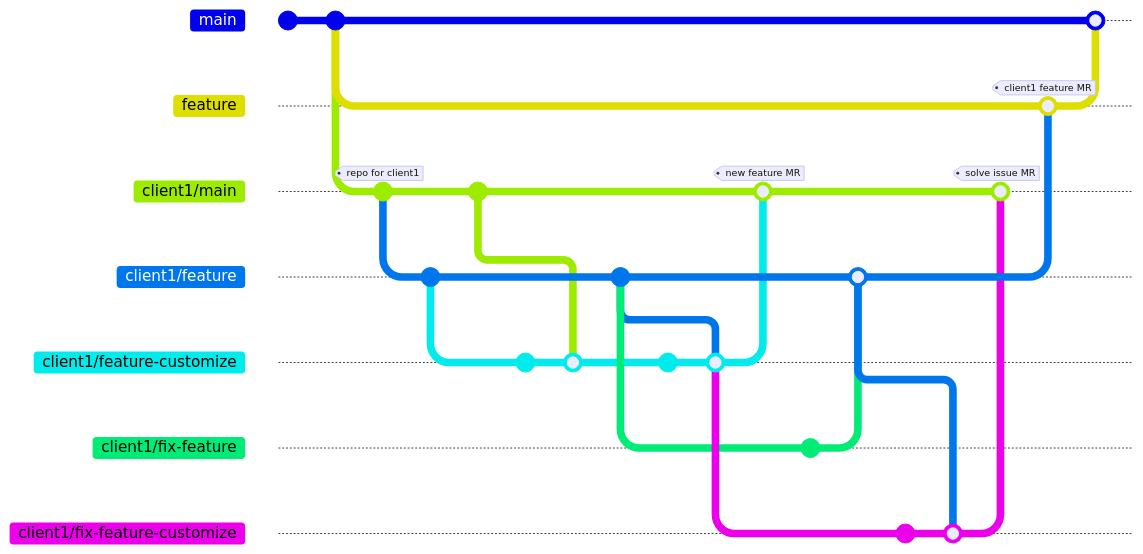
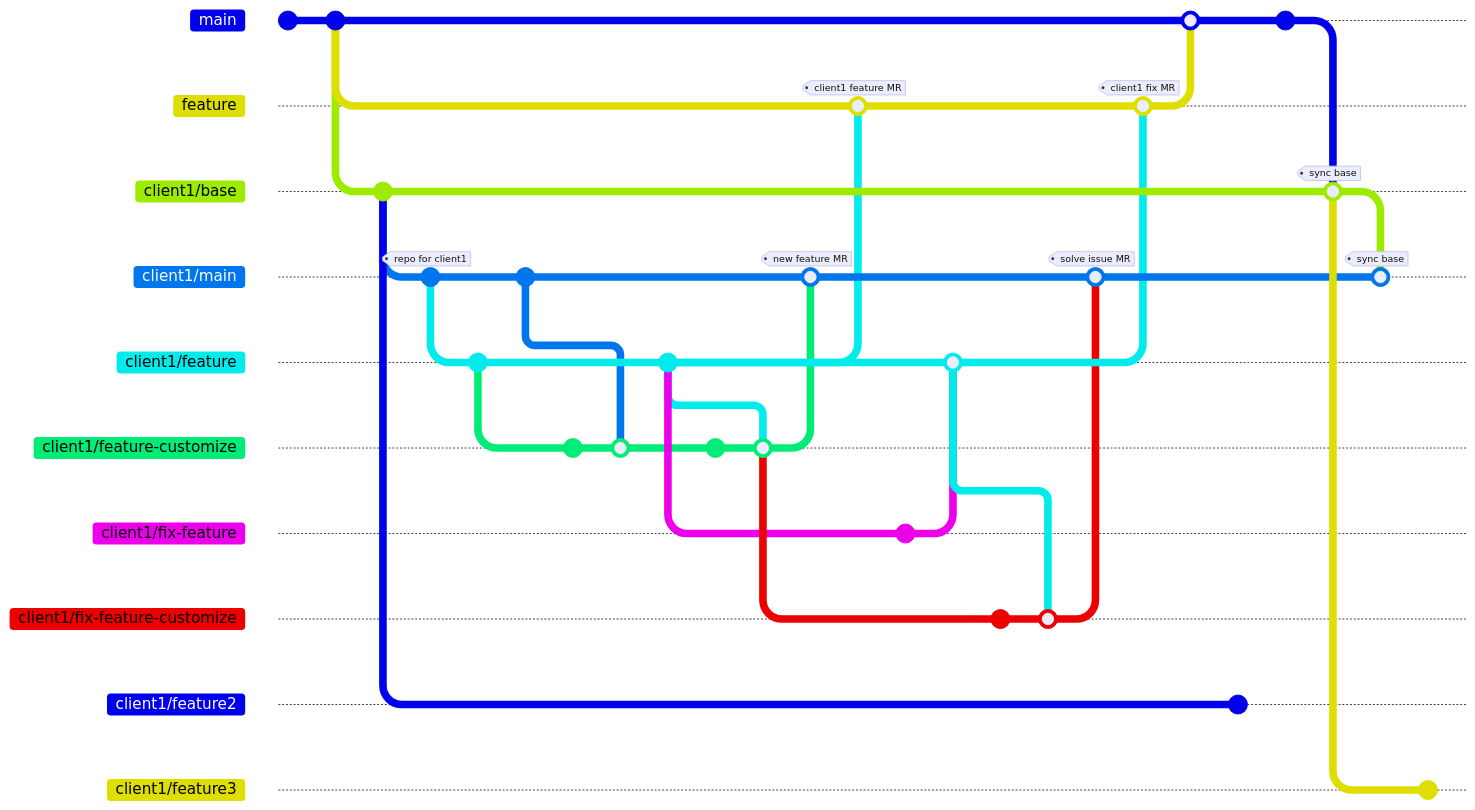
One commit to tsengyushiang/notes changed the second of 2 diagrams in git/workflow.md. Above: the diagram before and after it, drawn with Mermaid. The commit also changed other lines of this file, not shown here. Commit ids are hidden.

````diff
--- a/git/workflow.md
+++ b/git/workflow.md
@@ -10,40 +40,57 @@
 ```mermaid
+%%{init: { 'gitGraph': {'showCommitLabel': false}} }%%
 
 gitGraph
     commit
     commit
     branch feature
+    branch client1/base
+    commit
     branch client1/main
     commit tag:"repo for client1"
     branch client1/feature
     commit
     checkout client1/main
     commit id:"other feature"
     checkout client1/feature
     branch client1/feature-customize
     commit
     merge client1/main
     checkout client1/feature
     commit
     checkout client1/feature-customize
     commit
     merge client1/feature
     checkout client1/main
     merge client1/feature-customize tag:"new feature MR"
+    checkout feature
+    merge client1/feature tag:"client1 feature MR"
     checkout client1/feature
     branch client1/fix-feature
     commit
     checkout client1/feature
     merge client1/fix-feature
     checkout client1/feature-customize
     branch client1/fix-feature-customize
     commit
     merge client1/feature
     checkout client1/main
     merge client1/fix-feature-customize tag:"solve issue MR"
     checkout main
     checkout feature
-    merge client1/feature tag:"client1 feature MR"
+    merge client1/feature tag:"client1 fix MR"
     checkout main
     merge feature
+    checkout client1/base
+    branch client1/feature2
+    commit
+    checkout main
+    commit
+    checkout client1/base
+    merge main tag:"sync base"
+    checkout client1/main
+    merge client1/base tag:"sync base"
+    checkout client1/base
+    branch client1/feature3
+    commit
 ```
````
